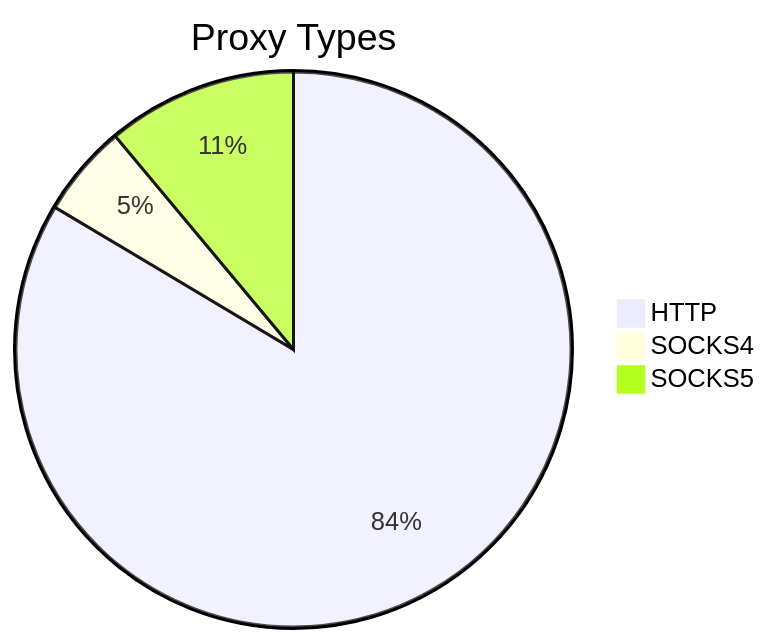
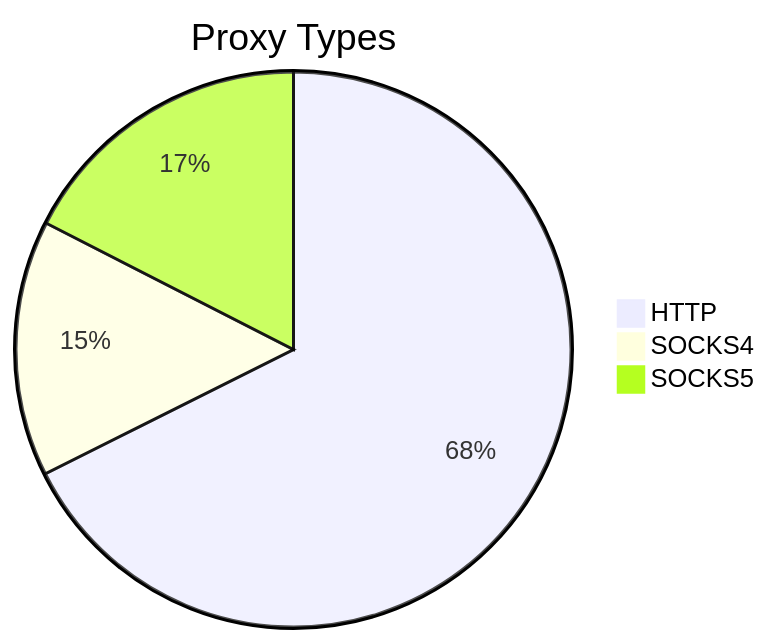
One commit to stormsia/proxy-list changed the first of 2 diagrams in README.md. Above: the diagram before and after it, drawn with Mermaid. The commit also changed other lines of this file, not shown here.

````diff
--- a/README.md
+++ b/README.md
@@ -21,6 +21,6 @@
 ```mermaid
 pie title Proxy Types
-    "HTTP" : 249
-    "SOCKS4" : 16
-    "SOCKS5" : 33
+    "HTTP" : 263
+    "SOCKS4" : 58
+    "SOCKS5" : 68
 ```
````
